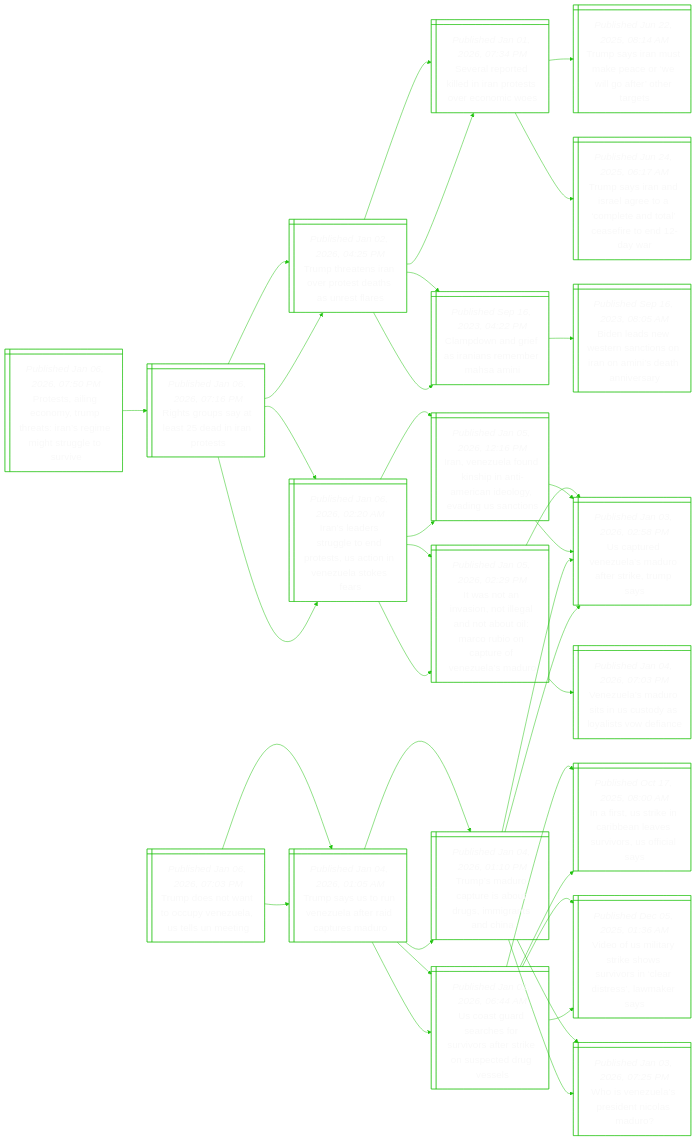
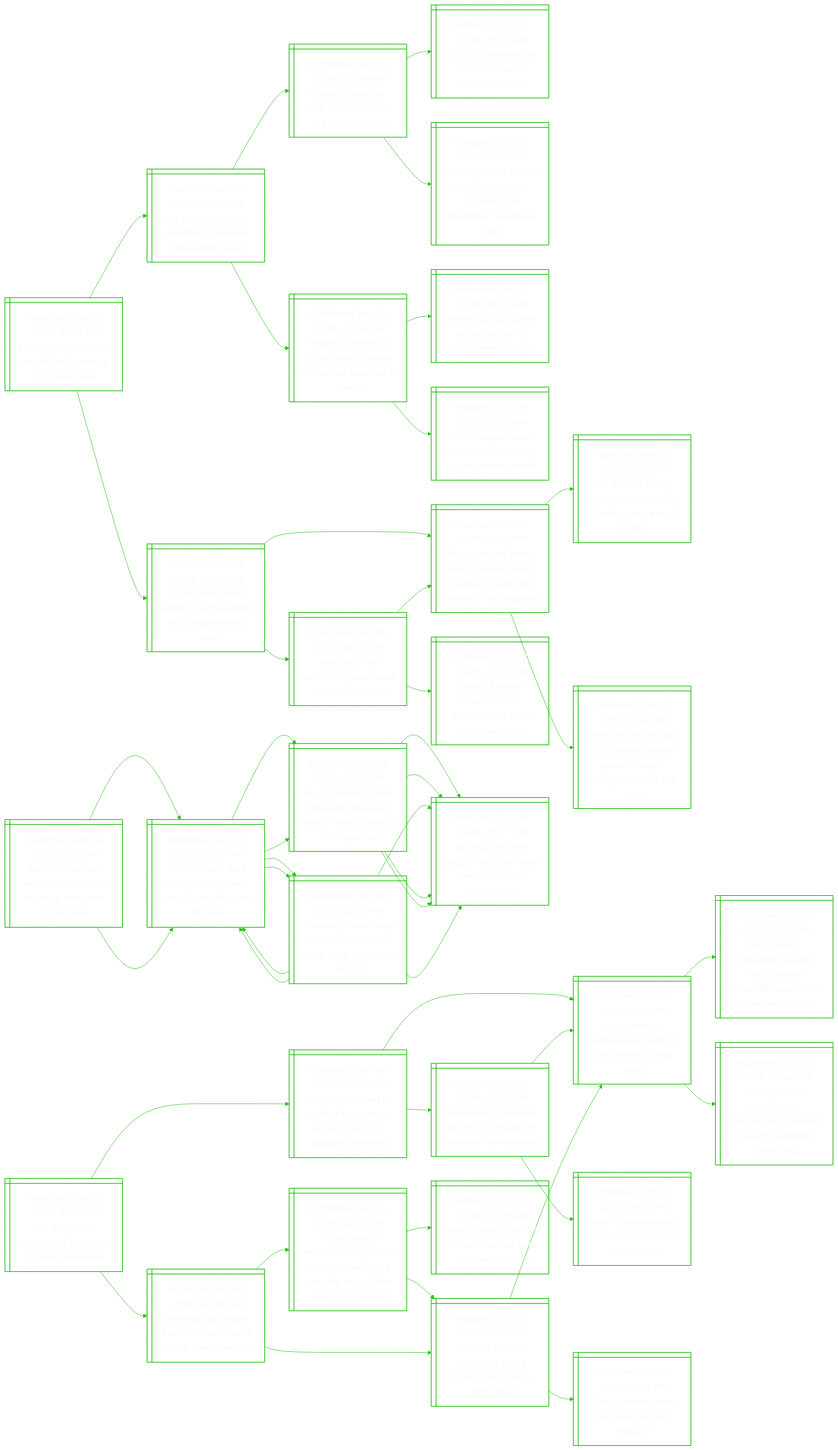
The diagram in README.md (notJmes/notJmes), drawn with Mermaid before and after one commit. The commit also changed other lines of this file, not shown here.

```diff
--- a/README.md
+++ b/README.md
@@ -16,98 +16,122 @@
 flowchart LR
 classDef txtsize font-size:20px;
 
-Pslcypaagitlue@{ shape: win-pane, label: "_Published Jan 06, 2026, 07:50 PM_
-Protests, ailing economy, trump threats: iran’s regime might struggle to survive" }
-Rspasdat@{ shape: win-pane, label: "_Published Jan 06, 2026, 07:16 PM_
-Rights groups say at least 25 dead in iran protests" }
-Tttreteaea@{ shape: win-pane, label: "_Published Jan 02, 2026, 04:25 PM_
-Trump threatens iran over protest deaths as unrest flares" }
-Saokdatocis@{ shape: win-pane, label: "_Published Jan 01, 2026, 07:34 PM_
-Several reported killed in iran protests over economic woes" }
-CdnerneMA@{ shape: win-pane, label: "_Published Sep 16, 2023, 04:22 PM_
-Clampdown and grief as iranians remember mahsa amini" }
-Ilrutpsannlka@{ shape: win-pane, label: "_Published Jan 06, 2026, 02:20 AM_
-Iran’s leaders struggle to end protests, us action in venezuela stokes fears" }
-Iniitgdbiciaenld@{ shape: win-pane, label: "_Published Jan 05, 2026, 02:29 PM_
-It was not an invasion, not illegal and not about oil: marco rubio on capture of venezuela’s maduro" }
-IeeuniiidgdSt@{ shape: win-pane, label: "_Published Jan 05, 2026, 12:16 PM_
-Iran, venezuela found kinship in anti-american ideology, evading us sanctions" }
+Knodnipssa@{ shape: win-pane, label: "_Published Jan 06, 2026, 11:21 PM_
+Klm running out of de-icing fluid for planes in amsterdam" }
+IlpshEeuge@{ shape: win-pane, label: "_Published Jan 06, 2026, 08:50 PM_
+Icy cold snap grips swathes of europe, disrupting travel" }
+Sretaafnel@{ shape: win-pane, label: "_Published Jan 05, 2026, 07:25 PM_
+Snow cripples air, train and road traffic in the netherlands" }
+Tfsilcsow@{ shape: win-pane, label: "_Published Jan 04, 2026, 12:14 AM_
+Tens of thousands in berlin face days without power" }
+Sgerhyrtfntsts@{ shape: win-pane, label: "_Published Oct 01, 2025, 03:09 PM_
+Swiss glaciers shrank sharply after light snowfall and heatwave, scientists say" }
+AsrrtcsiboBn@{ shape: win-pane, label: "_Published Jan 06, 2026, 03:56 PM_
+Anger simmers as arson attack causes mid-winter blackout in berlin" }
+Aioaesiriea@{ shape: win-pane, label: "_Published Jan 05, 2026, 09:26 AM_
+Activist group claims responsibility for berlin power outage" }
+Bnrsfrreett@{ shape: win-pane, label: "_Published Jan 06, 2026, 01:50 AM_
+Berlin mayor warns on infrastructure after power station attack" }
+ActsrrsUuec@{ shape: win-pane, label: "_Published Dec 06, 2025, 08:00 AM_
+Arctic blast grips central, north-eastern us in sub-freezing cold" }
+NrysoleavwutEn@{ shape: win-pane, label: "_Published Dec 02, 2025, 09:22 PM_
+New york city faces risk of airline delays as heavy snow hits upstate, new england" }
+Uphdpsdaitl@{ shape: win-pane, label: "_Published Nov 27, 2025, 01:30 PM_
+Us airports hit by disruptions ahead of thanksgiving travel boom" }
+Lotlrehuoogene@{ shape: win-pane, label: "_Published Nov 13, 2025, 02:45 PM_
+Look cool in the cold: your winter fashion guide to tokyo, shanghai, seoul and more" }
+Snswtsltio@{ shape: win-pane, label: "_Published Dec 05, 2025, 08:00 AM_
+Season’s first snowfall throws seoul into traffic chaos" }
+MFeafsasru@{ shape: win-pane, label: "_Published Oct 23, 2025, 12:00 PM_
+Mount fuji gets season’s first snowcap, 21 days later than usual" }
+NrysoleavwutEn@{ shape: win-pane, label: "_Published Dec 02, 2025, 09:22 PM_
+New york city faces risk of airline delays as heavy snow hits upstate, new england" }
 
-Pslcypaagitlue:::txtsize --> Rspasdat:::txtsize
-Rspasdat:::txtsize --> Tttreteaea:::txtsize
-Tttreteaea:::txtsize --> Saokdatocis:::txtsize
-Tttreteaea:::txtsize --> CdnerneMA:::txtsize
-Rspasdat:::txtsize --> Ilrutpsannlka:::txtsize
-Ilrutpsannlka:::txtsize --> Iniitgdbiciaenld:::txtsize
-Ilrutpsannlka:::txtsize --> IeeuniiidgdSt:::txtsize
+Knodnipssa:::txtsize --> IlpshEeuge:::txtsize
+IlpshEeuge:::txtsize --> Sretaafnel:::txtsize
+Sretaafnel:::txtsize --> Tfsilcsow:::txtsize
+Sretaafnel:::txtsize --> Sgerhyrtfntsts:::txtsize
+IlpshEeuge:::txtsize --> AsrrtcsiboBn:::txtsize
+AsrrtcsiboBn:::txtsize --> Aioaesiriea:::txtsize
+AsrrtcsiboBn:::txtsize --> Bnrsfrreett:::txtsize
+Knodnipssa:::txtsize --> ActsrrsUuec:::txtsize
+ActsrrsUuec:::txtsize --> NrysoleavwutEn:::txtsize
+NrysoleavwutEn:::txtsize --> Uphdpsdaitl:::txtsize
+NrysoleavwutEn:::txtsize --> Lotlrehuoogene:::txtsize
+ActsrrsUuec:::txtsize --> Snswtsltio:::txtsize
+Snswtsltio:::txtsize --> MFeafsasru:::txtsize
+Snswtsltio:::txtsize --> NrysoleavwutEn:::txtsize
 
-Rspasdat@{ shape: win-pane, label: "_Published Jan 06, 2026, 07:16 PM_
-Rights groups say at least 25 dead in iran protests" }
-Tttreteaea@{ shape: win-pane, label: "_Published Jan 02, 2026, 04:25 PM_
-Trump threatens iran over protest deaths as unrest flares" }
-Saokdatocis@{ shape: win-pane, label: "_Published Jan 01, 2026, 07:34 PM_
-Several reported killed in iran protests over economic woes" }
-Tsrseeworre@{ shape: win-pane, label: "_Published Jun 22, 2025, 08:14 AM_
-Trump says iran must make peace or ‘we will go after’ other targets" }
-Tsrdeecedletdr@{ shape: win-pane, label: "_Published Jun 24, 2025, 06:17 AM_
-Trump says iran and israel agree to a ‘complete and total’ ceasefire to end 12-day war" }
-CdnerneMA@{ shape: win-pane, label: "_Published Sep 16, 2023, 04:22 PM_
-Clampdown and grief as iranians remember mahsa amini" }
-Blnssinonans@{ shape: win-pane, label: "_Published Sep 16, 2023, 08:05 AM_
-Biden leads new western sanctions on iran on amini’s death anniversary" }
-Ilrutpsannlka@{ shape: win-pane, label: "_Published Jan 06, 2026, 02:20 AM_
-Iran’s leaders struggle to end protests, us action in venezuela stokes fears" }
-Iniitgdbiciaenld@{ shape: win-pane, label: "_Published Jan 05, 2026, 02:29 PM_
-It was not an invasion, not illegal and not about oil: marco rubio on capture of venezuela’s maduro" }
+Eereftleeudl@{ shape: win-pane, label: "_Published Jan 06, 2026, 11:06 PM_
+Eu offers farmers extra funds to quell anger at mercosur trade deal" }
+EcdedrsBeoo@{ shape: win-pane, label: "_Published Dec 18, 2025, 10:56 PM_
+Eu-mercosur deal delayed as farmers stage brussels show of force" }
+Ereeweuccrlpi@{ shape: win-pane, label: "_Published Sep 03, 2025, 12:19 PM_
+Eu to propose trade deal with mercosur bloc, in face of france-led opposition" }
+EcoueulMnen@{ shape: win-pane, label: "_Published Dec 06, 2024, 10:07 PM_
+Eu reaches long-sought mercosur deal over macron’s objections" }
+EcoueulMnen@{ shape: win-pane, label: "_Published Dec 06, 2024, 10:07 PM_
+Eu reaches long-sought mercosur deal over macron’s objections" }
+Gniebeudtrrt@{ shape: win-pane, label: "_Published Dec 18, 2025, 11:20 PM_
+Germany, spain urge eu to back mercosur trade pact, but france resists" }
+EcdedrsBeoo@{ shape: win-pane, label: "_Published Dec 18, 2025, 10:56 PM_
+Eu-mercosur deal delayed as farmers stage brussels show of force" }
+EcoueulMnen@{ shape: win-pane, label: "_Published Dec 06, 2024, 10:07 PM_
+Eu reaches long-sought mercosur deal over macron’s objections" }
+EcdedrsBeoo@{ shape: win-pane, label: "_Published Dec 18, 2025, 10:56 PM_
+Eu-mercosur deal delayed as farmers stage brussels show of force" }
+Ereeweuccrlpi@{ shape: win-pane, label: "_Published Sep 03, 2025, 12:19 PM_
+Eu to propose trade deal with mercosur bloc, in face of france-led opposition" }
+EcoueulMnen@{ shape: win-pane, label: "_Published Dec 06, 2024, 10:07 PM_
+Eu reaches long-sought mercosur deal over macron’s objections" }
+EcoueulMnen@{ shape: win-pane, label: "_Published Dec 06, 2024, 10:07 PM_
+Eu reaches long-sought mercosur deal over macron’s objections" }
+Gniebeudtrrt@{ shape: win-pane, label: "_Published Dec 18, 2025, 11:20 PM_
+Germany, spain urge eu to back mercosur trade pact, but france resists" }
+EcdedrsBeoo@{ shape: win-pane, label: "_Published Dec 18, 2025, 10:56 PM_
+Eu-mercosur deal delayed as farmers stage brussels show of force" }
+EcoueulMnen@{ shape: win-pane, label: "_Published Dec 06, 2024, 10:07 PM_
+Eu reaches long-sought mercosur deal over macron’s objections" }
+
+Eereftleeudl:::txtsize --> EcdedrsBeoo:::txtsize
+EcdedrsBeoo:::txtsize --> Ereeweuccrlpi:::txtsize
+Ereeweuccrlpi:::txtsize --> EcoueulMnen:::txtsize
+Ereeweuccrlpi:::txtsize --> EcoueulMnen:::txtsize
+EcdedrsBeoo:::txtsize --> Gniebeudtrrt:::txtsize
+Gniebeudtrrt:::txtsize --> EcdedrsBeoo:::txtsize
+Gniebeudtrrt:::txtsize --> EcoueulMnen:::txtsize
+Eereftleeudl:::txtsize --> EcdedrsBeoo:::txtsize
+EcdedrsBeoo:::txtsize --> Ereeweuccrlpi:::txtsize
+Ereeweuccrlpi:::txtsize --> EcoueulMnen:::txtsize
+Ereeweuccrlpi:::txtsize --> EcoueulMnen:::txtsize
+EcdedrsBeoo:::txtsize --> Gniebeudtrrt:::txtsize
+Gniebeudtrrt:::txtsize --> EcdedrsBeoo:::txtsize
+Gniebeudtrrt:::txtsize --> EcoueulMnen:::txtsize
+
+TudeSioGl@{ shape: win-pane, label: "_Published Jan 06, 2026, 11:05 PM_
+Top trump aide asserts us has right to take greenland" }
+DridfrispUgra@{ shape: win-pane, label: "_Published Jan 04, 2026, 09:44 PM_
+Denmark irritated by wife of trump aide posting pic of us-flagged greenland" }
 UtVuMorkms@{ shape: win-pane, label: "_Published Jan 03, 2026, 02:58 PM_
 Us captured venezuela’s maduro after strike, trump says" }
+Vuoilranhibai@{ shape: win-pane, label: "_Published Oct 10, 2025, 05:02 PM_
+Venezuelan opposition leader maria corina machado wins 2025 nobel peace prize" }
+Toskftdasitgz@{ shape: win-pane, label: "_Published Dec 17, 2025, 08:34 AM_
+Trump orders blockade of sanctioned oil tankers leaving, entering venezuela" }
 VuMoiuyytdn@{ shape: win-pane, label: "_Published Jan 04, 2026, 07:03 PM_
 Venezuela’s maduro sits in us custody as loyalists vow defiance" }
-IeeuniiidgdSt@{ shape: win-pane, label: "_Published Jan 05, 2026, 12:16 PM_
-Iran, venezuela found kinship in anti-american ideology, evading us sanctions" }
 UtVuMorkms@{ shape: win-pane, label: "_Published Jan 03, 2026, 02:58 PM_
 Us captured venezuela’s maduro after strike, trump says" }
-UtVuMorkms@{ shape: win-pane, label: "_Published Jan 03, 2026, 02:58 PM_
-Us captured venezuela’s maduro after strike, trump says" }
-
-Rspasdat:::txtsize --> Tttreteaea:::txtsize
-Tttreteaea:::txtsize --> Saokdatocis:::txtsize
-Saokdatocis:::txtsize --> Tsrseeworre:::txtsize
-Saokdatocis:::txtsize --> Tsrdeecedletdr:::txtsize
-Tttreteaea:::txtsize --> CdnerneMA:::txtsize
-CdnerneMA:::txtsize --> Blnssinonans:::txtsize
-Rspasdat:::txtsize --> Ilrutpsannlka:::txtsize
-Ilrutpsannlka:::txtsize --> Iniitgdbiciaenld:::txtsize
-Iniitgdbiciaenld:::txtsize --> UtVuMorkms:::txtsize
-Iniitgdbiciaenld:::txtsize --> VuMoiuyytdn:::txtsize
-Ilrutpsannlka:::txtsize --> IeeuniiidgdSt:::txtsize
-IeeuniiidgdSt:::txtsize --> UtVuMorkms:::txtsize
-IeeuniiidgdSt:::txtsize --> UtVuMorkms:::txtsize
-
-TdotceetUt@{ shape: win-pane, label: "_Published Jan 06, 2026, 07:03 PM_
-Trump does not want to occupy venezuela, us tells un meeting" }
+WNPlarrao@{ shape: win-pane, label: "_Published Oct 10, 2025, 06:18 PM_
+Who is nobel peace laureate maria corina machado?" }
+Drrrottaeed@{ shape: win-pane, label: "_Published Jan 05, 2026, 04:45 AM_
+Denmark pm urges trump to stop threats to take over greenland" }
+TwVuVcrzpegeenpe@{ shape: win-pane, label: "_Published Jan 05, 2026, 02:15 AM_
+Trump warns venezuelan v-p delcy rodriguez will pay a ‘very big price’ if she doesn’t cooperate" }
+Tsrtstsgsh@{ shape: win-pane, label: "_Published Jan 04, 2026, 01:10 PM_
+Trump’s maduro capture is about drugs, immigrants and china" }
 TsSnzaraeu@{ shape: win-pane, label: "_Published Jan 04, 2026, 01:05 AM_
 Trump says us to run venezuela after raid captures maduro" }
-Usrrfrreiscrs@{ shape: win-pane, label: "_Published Jan 01, 2026, 06:44 AM_
-Us coast guard searches for survivors after strike on suspected drug vessels" }
-Irseravrrfas@{ shape: win-pane, label: "_Published Oct 17, 2025, 08:00 AM_
-In a first, us strike in caribbean leaves survivors, us official says" }
-Voiriorrlisms@{ shape: win-pane, label: "_Published Dec 05, 2025, 01:36 AM_
-Video of us military strike shows survivors in ‘clear distress’, lawmaker says" }
-Tsrtstsgsh@{ shape: win-pane, label: "_Published Jan 04, 2026, 01:10 PM_
-Trump’s maduro capture is about drugs, immigrants and china" }
-UtVuMorkms@{ shape: win-pane, label: "_Published Jan 03, 2026, 02:58 PM_
-Us captured venezuela’s maduro after strike, trump says" }
-WVuPdisr@{ shape: win-pane, label: "_Published Jan 03, 2026, 07:25 PM_
-Who is venezuela’s president nicolas maduro?" }
-TsSnzaraeu@{ shape: win-pane, label: "_Published Jan 04, 2026, 01:05 AM_
-Trump says us to run venezuela after raid captures maduro" }
-Usrrfrreiscrs@{ shape: win-pane, label: "_Published Jan 01, 2026, 06:44 AM_
-Us coast guard searches for survivors after strike on suspected drug vessels" }
-Irseravrrfas@{ shape: win-pane, label: "_Published Oct 17, 2025, 08:00 AM_
-In a first, us strike in caribbean leaves survivors, us official says" }
-Voiriorrlisms@{ shape: win-pane, label: "_Published Dec 05, 2025, 01:36 AM_
-Video of us military strike shows survivors in ‘clear distress’, lawmaker says" }
 Tsrtstsgsh@{ shape: win-pane, label: "_Published Jan 04, 2026, 01:10 PM_
 Trump’s maduro capture is about drugs, immigrants and china" }
 UtVuMorkms@{ shape: win-pane, label: "_Published Jan 03, 2026, 02:58 PM_
@@ -115,18 +139,18 @@
 WVuPdisr@{ shape: win-pane, label: "_Published Jan 03, 2026, 07:25 PM_
 Who is venezuela’s president nicolas maduro?" }
 
-TdotceetUt:::txtsize --> TsSnzaraeu:::txtsize
-TsSnzaraeu:::txtsize --> Usrrfrreiscrs:::txtsize
-Usrrfrreiscrs:::txtsize --> Irseravrrfas:::txtsize
-Usrrfrreiscrs:::txtsize --> Voiriorrlisms:::txtsize
-TsSnzaraeu:::txtsize --> Tsrtstsgsh:::txtsize
-Tsrtstsgsh:::txtsize --> UtVuMorkms:::txtsize
-Tsrtstsgsh:::txtsize --> WVuPdisr:::txtsize
-TdotceetUt:::txtsize --> TsSnzaraeu:::txtsize
-TsSnzaraeu:::txtsize --> Usrrfrreiscrs:::txtsize
-Usrrfrreiscrs:::txtsize --> Irseravrrfas:::txtsize
-Usrrfrreiscrs:::txtsize --> Voiriorrlisms:::txtsize
-TsSnzaraeu:::txtsize --> Tsrtstsgsh:::txtsize
+TudeSioGl:::txtsize --> DridfrispUgra:::txtsize
+DridfrispUgra:::txtsize --> UtVuMorkms:::txtsize
+UtVuMorkms:::txtsize --> Vuoilranhibai:::txtsize
+UtVuMorkms:::txtsize --> Toskftdasitgz:::txtsize
+DridfrispUgra:::txtsize --> VuMoiuyytdn:::txtsize
+VuMoiuyytdn:::txtsize --> UtVuMorkms:::txtsize
+VuMoiuyytdn:::txtsize --> WNPlarrao:::txtsize
+TudeSioGl:::txtsize --> Drrrottaeed:::txtsize
+Drrrottaeed:::txtsize --> TwVuVcrzpegeenpe:::txtsize
+TwVuVcrzpegeenpe:::txtsize --> Tsrtstsgsh:::txtsize
+TwVuVcrzpegeenpe:::txtsize --> TsSnzaraeu:::txtsize
+Drrrottaeed:::txtsize --> Tsrtstsgsh:::txtsize
 Tsrtstsgsh:::txtsize --> UtVuMorkms:::txtsize
 Tsrtstsgsh:::txtsize --> WVuPdisr:::txtsize
 
```
